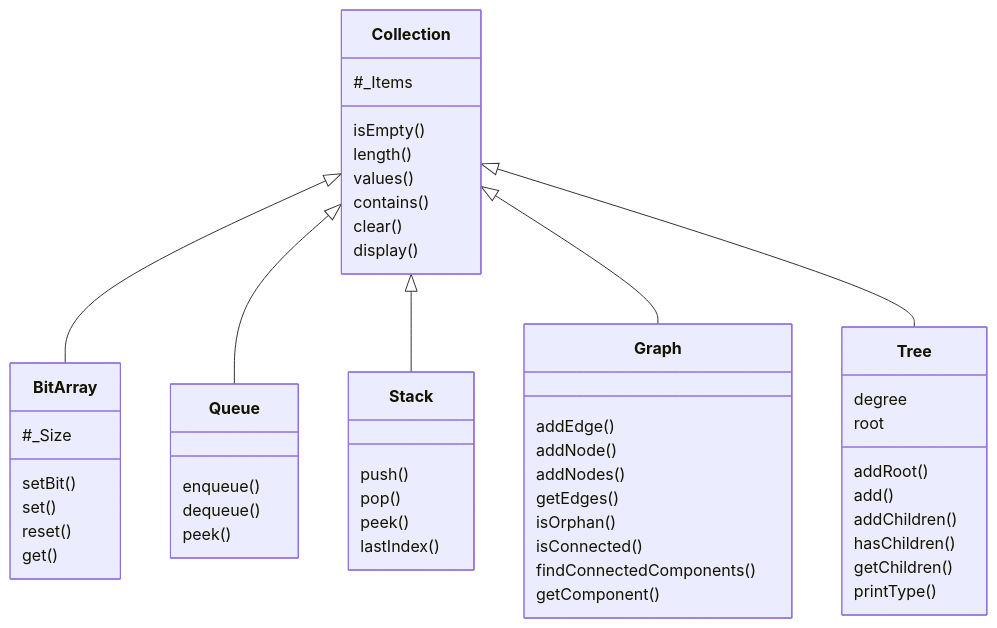
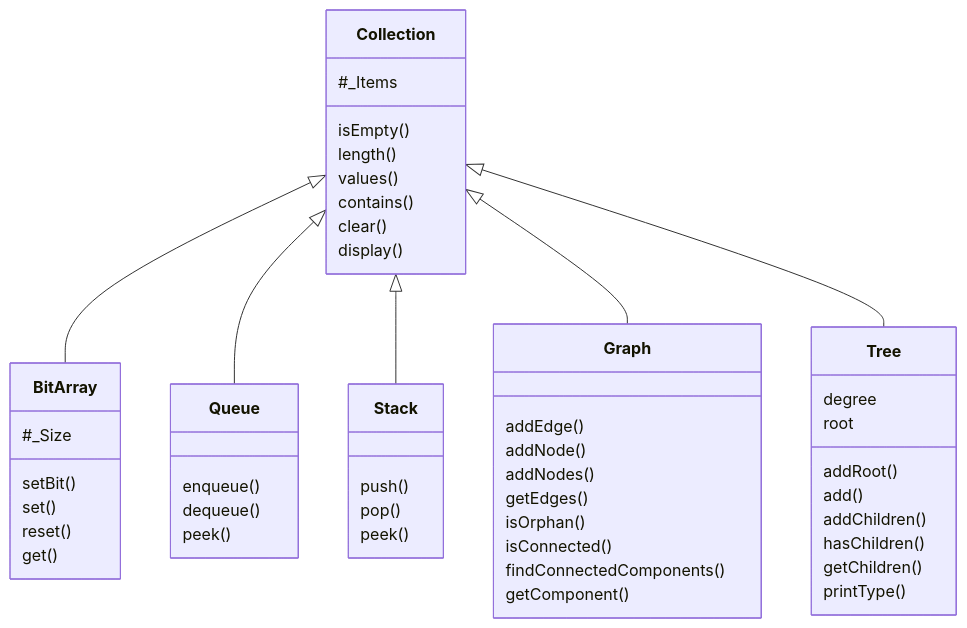
The first of 5 diagrams in README.md (Adisoreq/Collections.js), drawn with Mermaid before and after one commit. The commit also changed other lines of this file and 2 other files, not shown here.

Commit message:
Removed lastIndex() method

````diff
--- a/README.md
+++ b/README.md
@@ -4,53 +4,52 @@
 ```mermaid
 classDiagram
     Collection <|-- BitArray
     Collection <|-- Queue
     Collection <|-- Stack
     Collection <|-- Graph
     Collection <|-- Tree
     Collection: #_Items
     Collection: isEmpty()
     Collection: length()
     Collection: values()
     Collection: contains()
     Collection: clear()
     Collection: display()
     class BitArray{
       #_Size
       setBit()
       set()
       reset()
       get()
     }
     class Queue{
       enqueue()
       dequeue()
       peek()
     }
     class Stack{
       push()
       pop()
       peek()
-      lastIndex()
     }
     class Graph{
       addEdge()
       addNode()
       addNodes()
       getEdges()
       isOrphan()
       isConnected()
       findConnectedComponents()
       getComponent()
     }
     class Tree{
       degree
       root
       addRoot()
       add()
       addChildren()
       hasChildren()
       getChildren()
       printType()
     }
 ```
````
